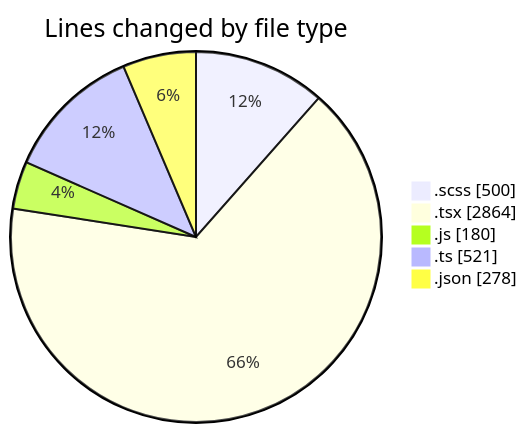
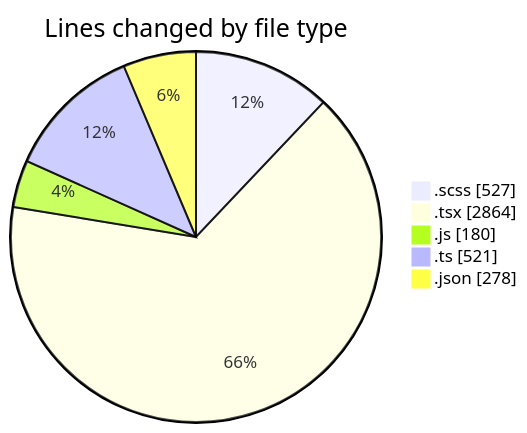
One commit to momahboobian/code-tracking changed the first of 2 diagrams in 2026-08-10/cda/README.md. Above: the diagram before and after it, drawn with Mermaid. The commit also changed other lines of this file and 1 other file, not shown here.

````diff
--- a/2026-08-10/cda/README.md
+++ b/2026-08-10/cda/README.md
@@ -32,9 +32,9 @@
 ```mermaid
 pie showData
 title Lines changed by file type
-".scss" : 500
+".scss" : 527
 ".tsx" : 2864
 ".js" : 180
 ".ts" : 521
 ".json" : 278
 ```
````
